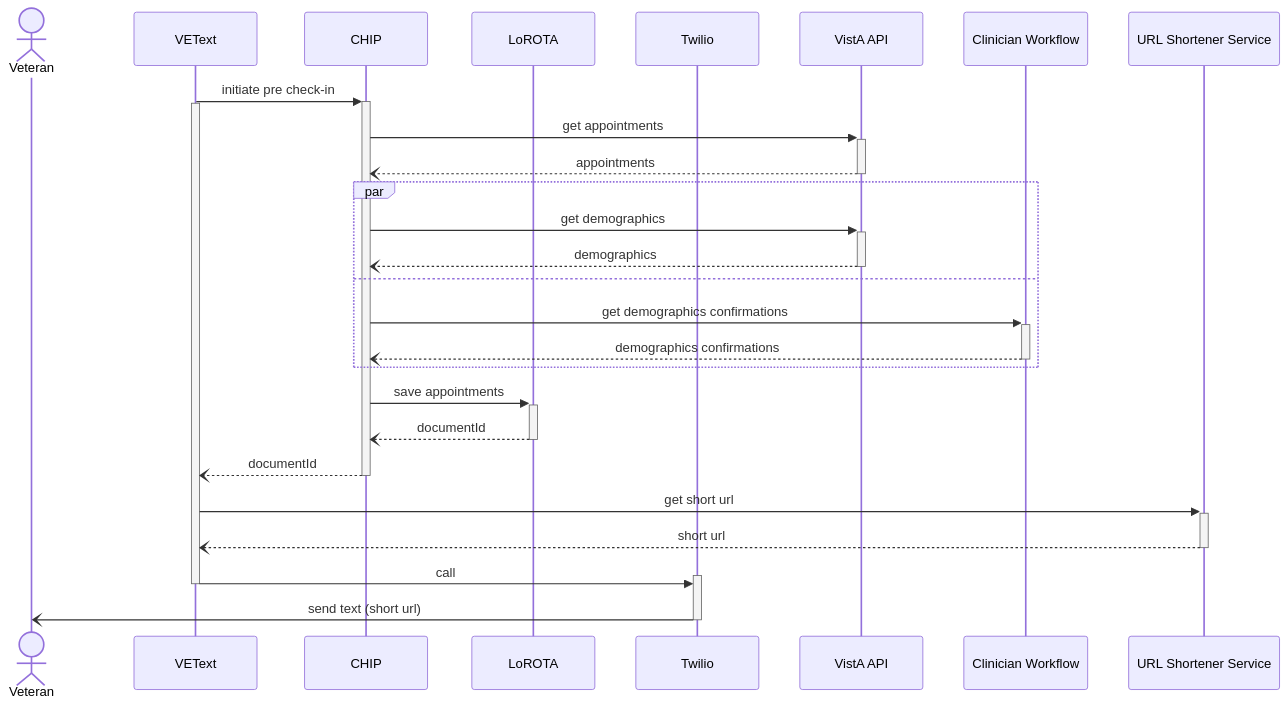
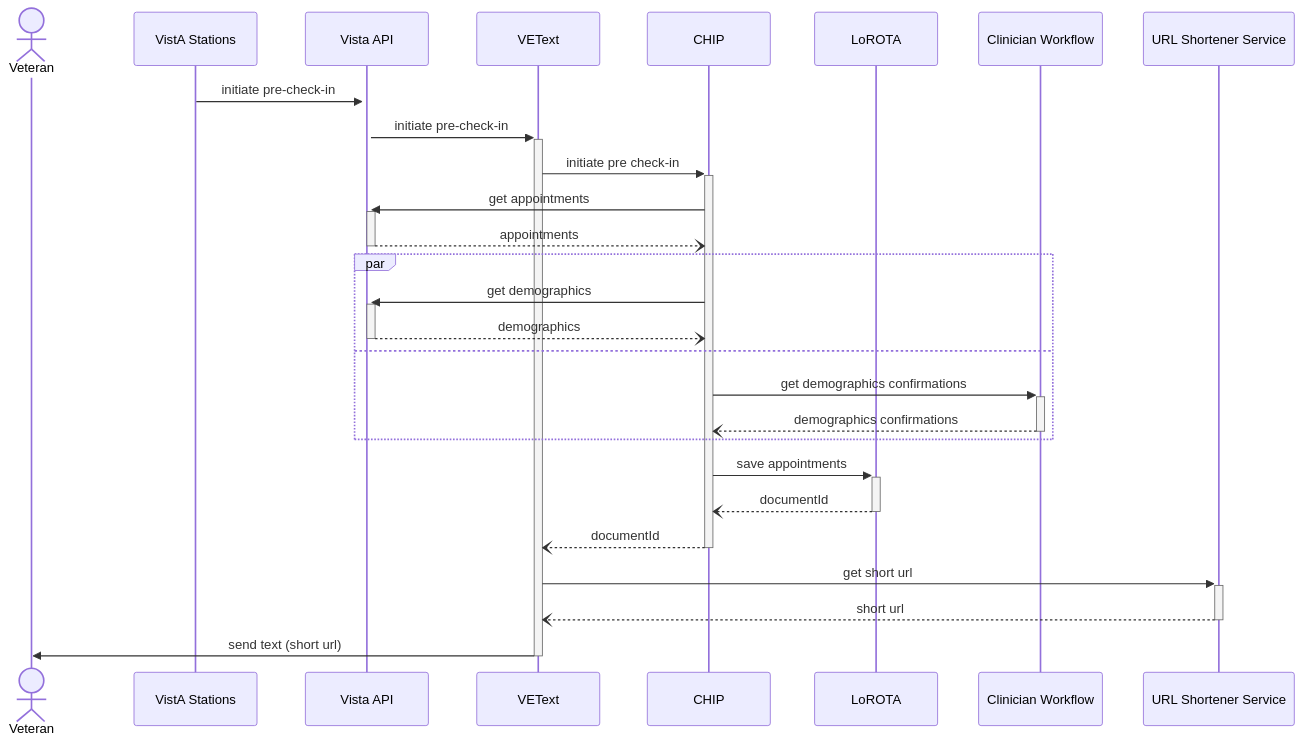
The first of 4 diagrams in products/health-care/checkin/engineering/architecture-diagrams/sequenceDiagram_preCheckInExp.md (department-of-veterans-affairs/va.gov-team), drawn with Mermaid before and after one commit.

````diff
--- a/products/health-care/checkin/engineering/architecture-diagrams/sequenceDiagram_preCheckInExp.md
+++ b/products/health-care/checkin/engineering/architecture-diagrams/sequenceDiagram_preCheckInExp.md
@@ -6,31 +6,30 @@
 ```mermaid
 sequenceDiagram
     actor vet as Veteran
+    participant val as VistA Stations
+    participant va as Vista API
     participant vt as VEText
     participant c as CHIP
     participant l as LoROTA
-    participant t as Twilio
-    participant va as VistA API
     participant cw as Clinician Workflow
     participant url as URL Shortener Service
 
+    val->>+va: initiate pre-check-in
+    va->>+vt: initiate pre-check-in
     vt->>+c: initiate pre check-in
-    activate vt
     c->>+va: get appointments
     va--)-c: appointments
     par
     c->>+va: get demographics
     va--)-c: demographics
     and
     c->>+cw: get demographics confirmations
     cw--)-c: demographics confirmations
     end
     c->>+l: save appointments
     l--)-c: documentId
     c--)-vt: documentId
     vt->>+url: get short url
     url--)-vt: short url
-    vt->>+t: call
-    deactivate vt
-    t-)-vet: send text (short url)
+    vt->>-vet: send text (short url)
 ```
````
